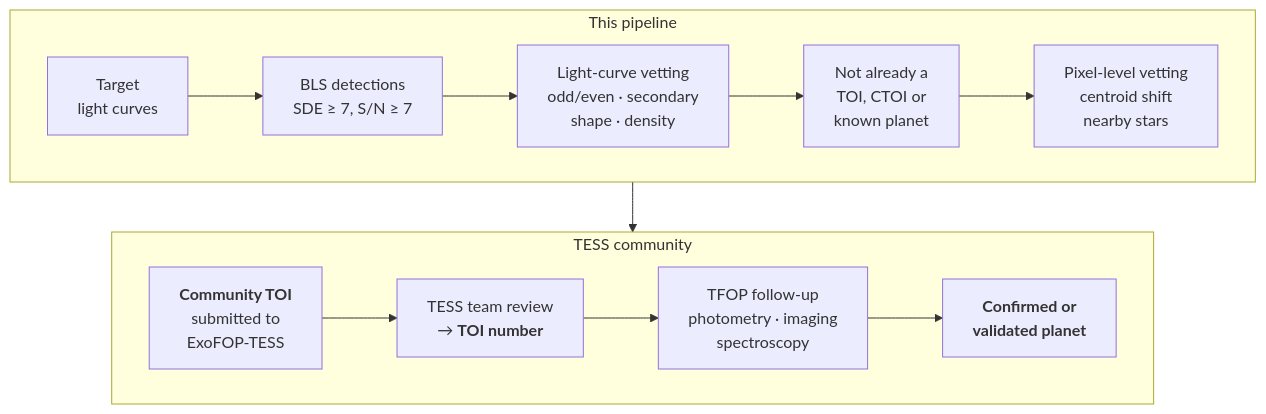
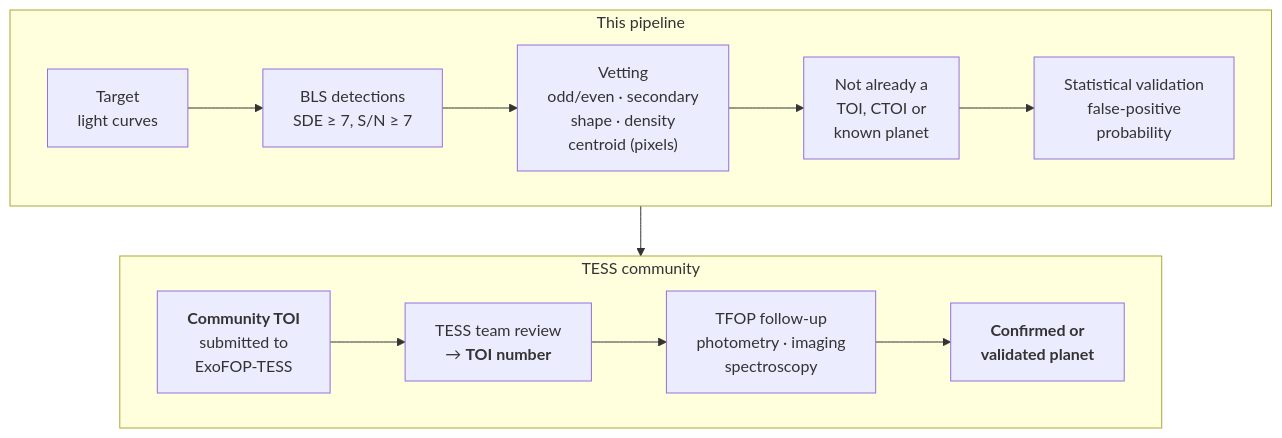
The diagram in docs/discovery.md (Comdex4/tess-transit-hunter), drawn with Mermaid before and after one commit. The commit also changed other lines of this file and 241 other files, not shown here.

````diff
--- a/docs/discovery.md
+++ b/docs/discovery.md
@@ -35,12 +35,12 @@
 ```mermaid
 flowchart TB
     subgraph R["This pipeline"]
         direction LR
-        A["Target<br/>light curves"] --> B["BLS detections<br/>SDE ≥ 7, S/N ≥ 7"] --> C["Light-curve vetting<br/>odd/even · secondary<br/>shape · density"] --> D["Not already a<br/>TOI, CTOI or<br/>known planet"] --> E["Pixel-level vetting<br/>centroid shift<br/>nearby stars"]
+        A["Target<br/>light curves"] --> B["BLS detections<br/>SDE ≥ 7, S/N ≥ 7"] --> C["Vetting<br/>odd/even · secondary<br/>shape · density<br/>centroid (pixels)"] --> D["Not already a<br/>TOI, CTOI or<br/>known planet"] --> E["Statistical validation<br/>false-positive<br/>probability"]
     end
     subgraph T["TESS community"]
         direction LR
         F["<b>Community TOI</b><br/>submitted to<br/>ExoFOP-TESS"] --> G["TESS team review<br/>→ <b>TOI number</b>"] --> H["TFOP follow-up<br/>photometry · imaging<br/>spectroscopy"] --> I["<b>Confirmed or<br/>validated planet</b>"]
     end
     R --> T
 ```
````
